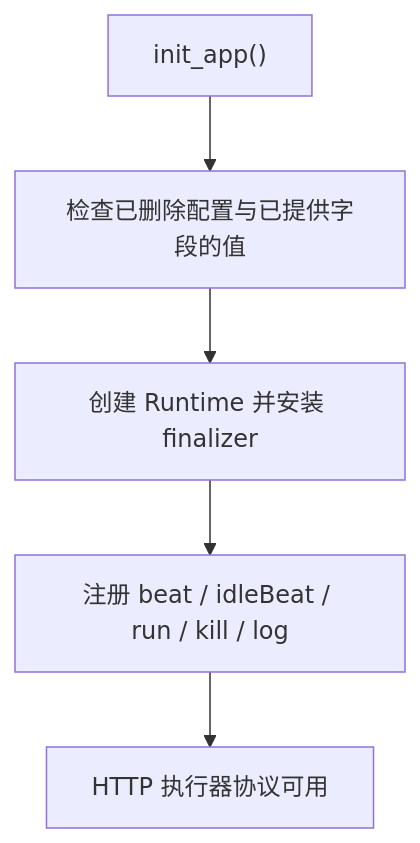
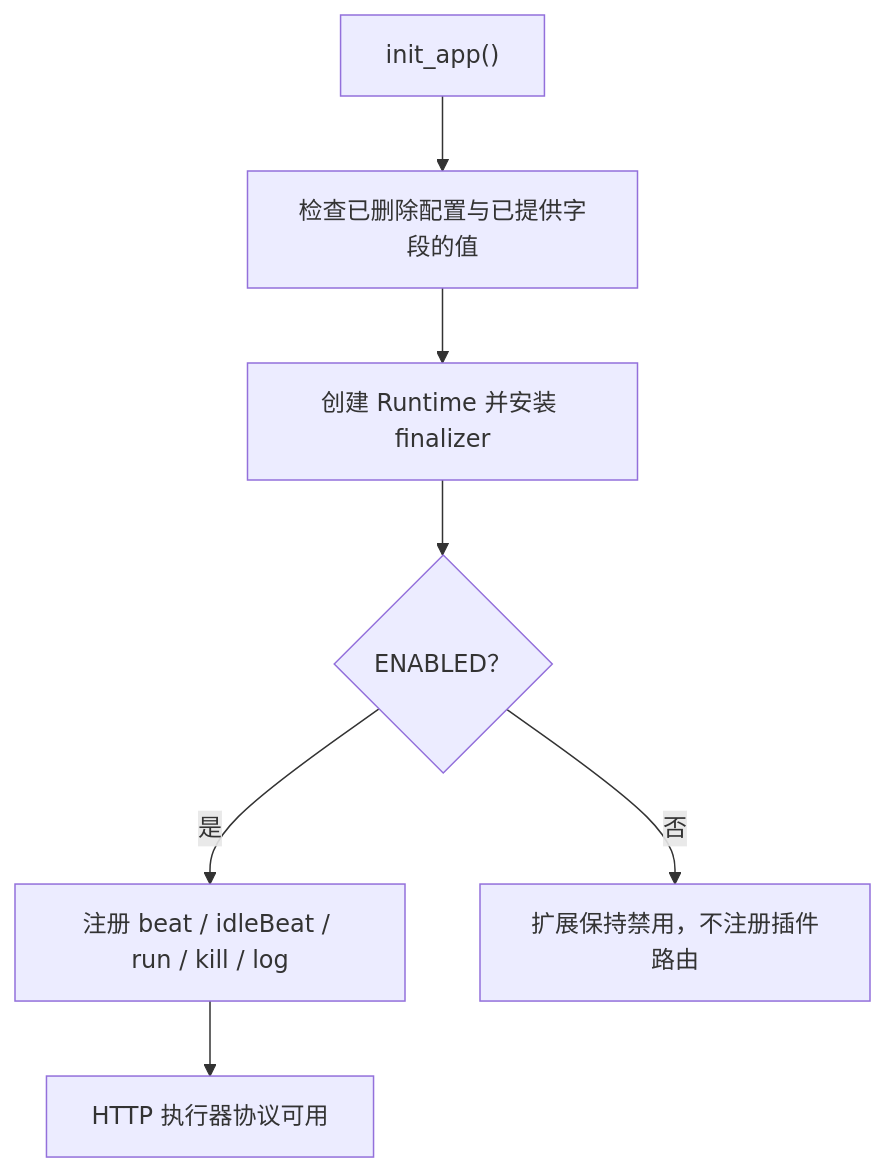
The first of 2 diagrams in docs/deployment.zh-CN.md (pumpkin-nbc/Flask-XXLJob), drawn with Mermaid before and after one commit. The commit also changed other lines of this file and 12 other files, not shown here.

````diff
--- a/docs/deployment.zh-CN.md
+++ b/docs/deployment.zh-CN.md
@@ -9,7 +10,9 @@
 ```mermaid
 flowchart TD
     A["init_app()"] --> B["检查已删除配置与已提供字段的值"]
     B --> C["创建 Runtime 并安装 finalizer"]
-    C --> D["注册 beat / idleBeat / run / kill / log"]
-    D --> E["HTTP 执行器协议可用"]
+    C --> D{"ENABLED？"}
+    D -->|"是"| E["注册 beat / idleBeat / run / kill / log"]
+    E --> F["HTTP 执行器协议可用"]
+    D -->|"否"| G["扩展保持禁用，不注册插件路由"]
 ```
````
